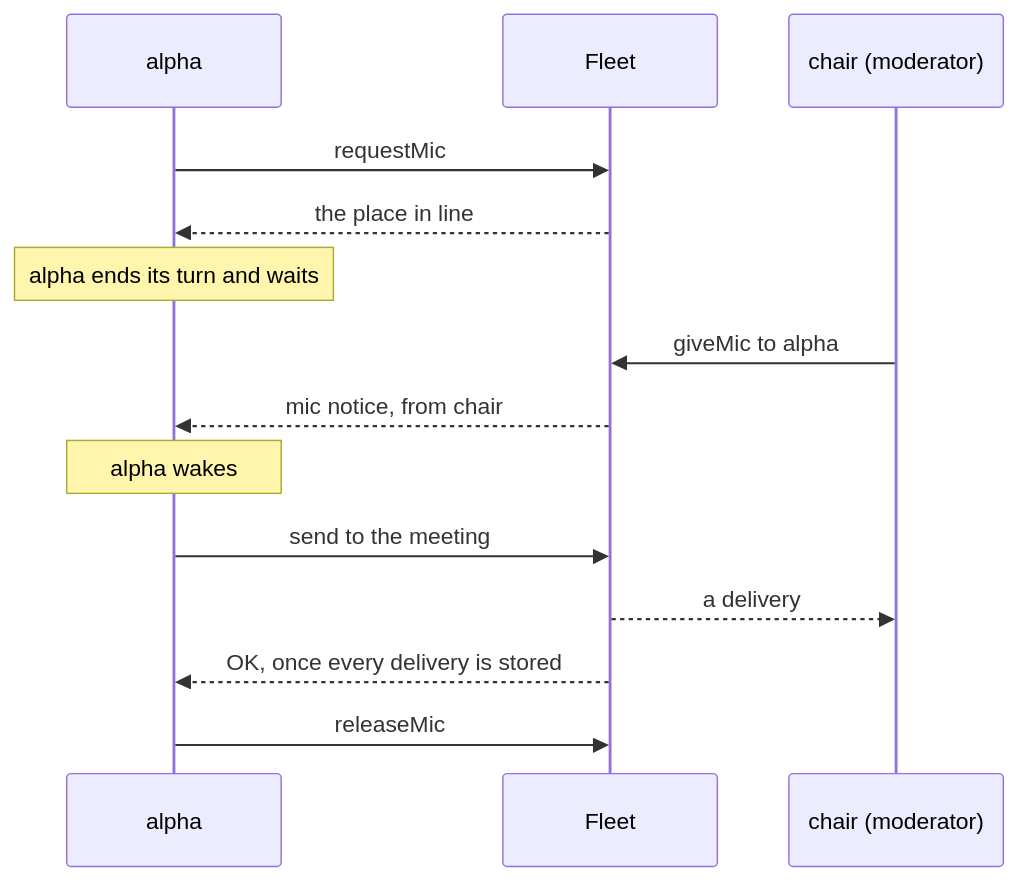
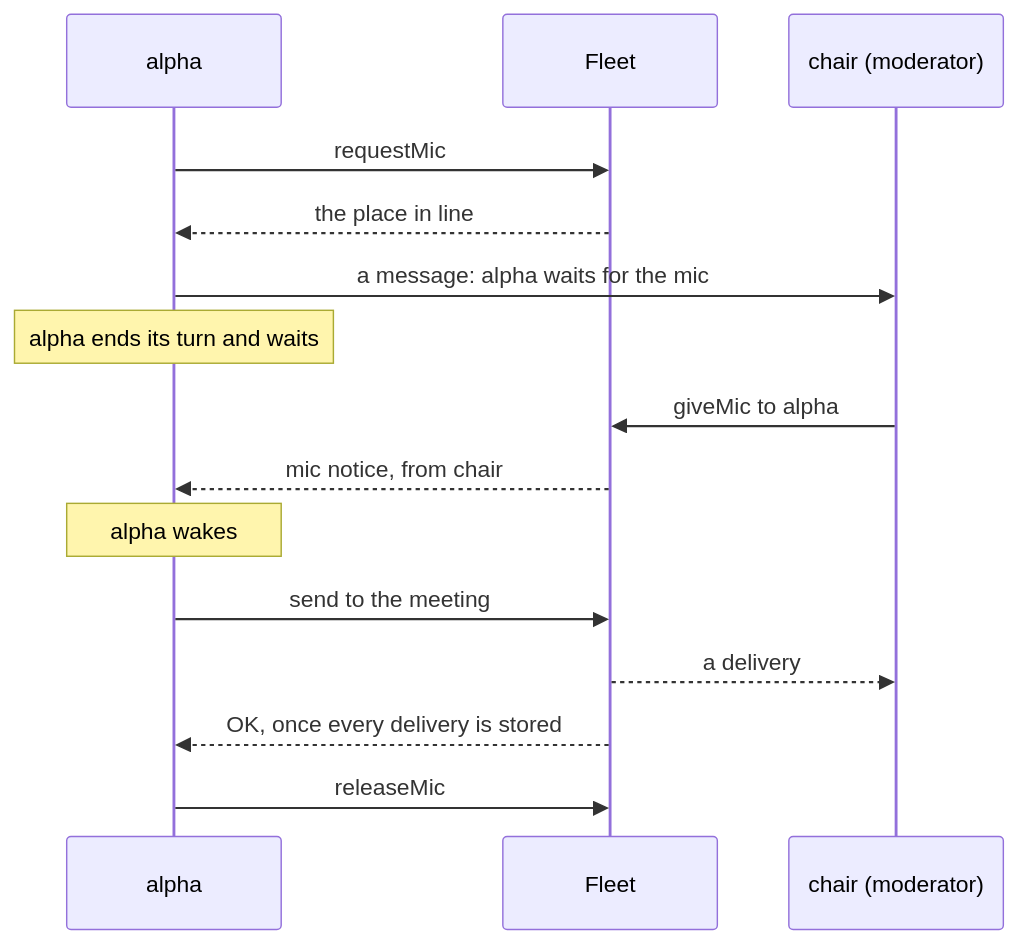
Before and after one commit to ThomasHendrickx/aeolus-fleet: the third of 3 diagrams in docs/guide/hold-a-meeting.md, drawn with Mermaid. The commit also changed other lines of this file, not shown here.

````diff
--- a/docs/guide/hold-a-meeting.md
+++ b/docs/guide/hold-a-meeting.md
@@ -84,16 +84,17 @@
 ```mermaid
 sequenceDiagram
     participant A as alpha
     participant F as Fleet
     participant C as chair (moderator)
     A->>F: requestMic
     F-->>A: the place in line
+    A->>C: a message: alpha waits for the mic
     Note over A: alpha ends its turn and waits
     C->>F: giveMic to alpha
     F-->>A: mic notice, from chair
     Note over A: alpha wakes
     A->>F: send to the meeting
     F-->>C: a delivery
     F-->>A: OK, once every delivery is stored
     A->>F: releaseMic
 ```
````
